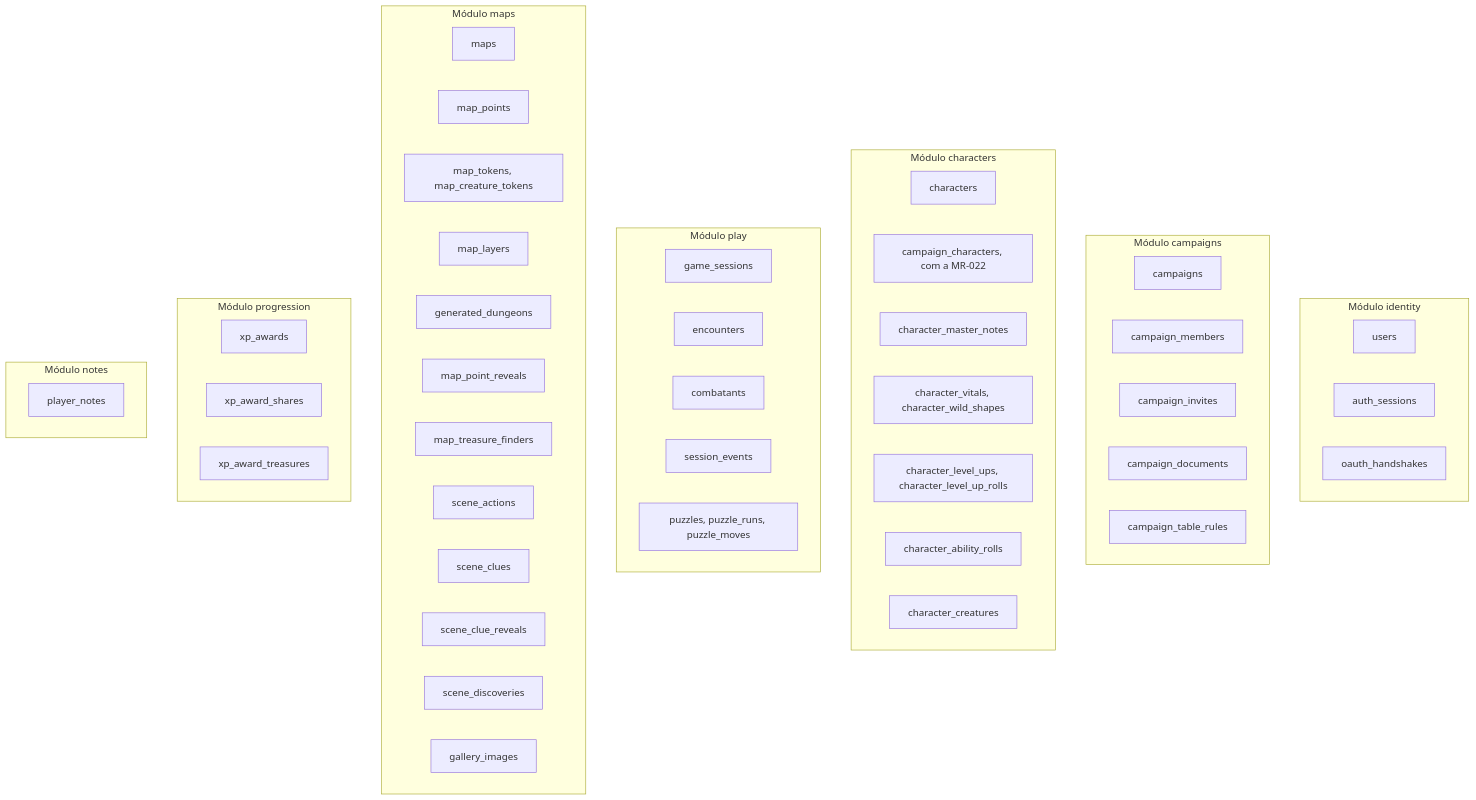
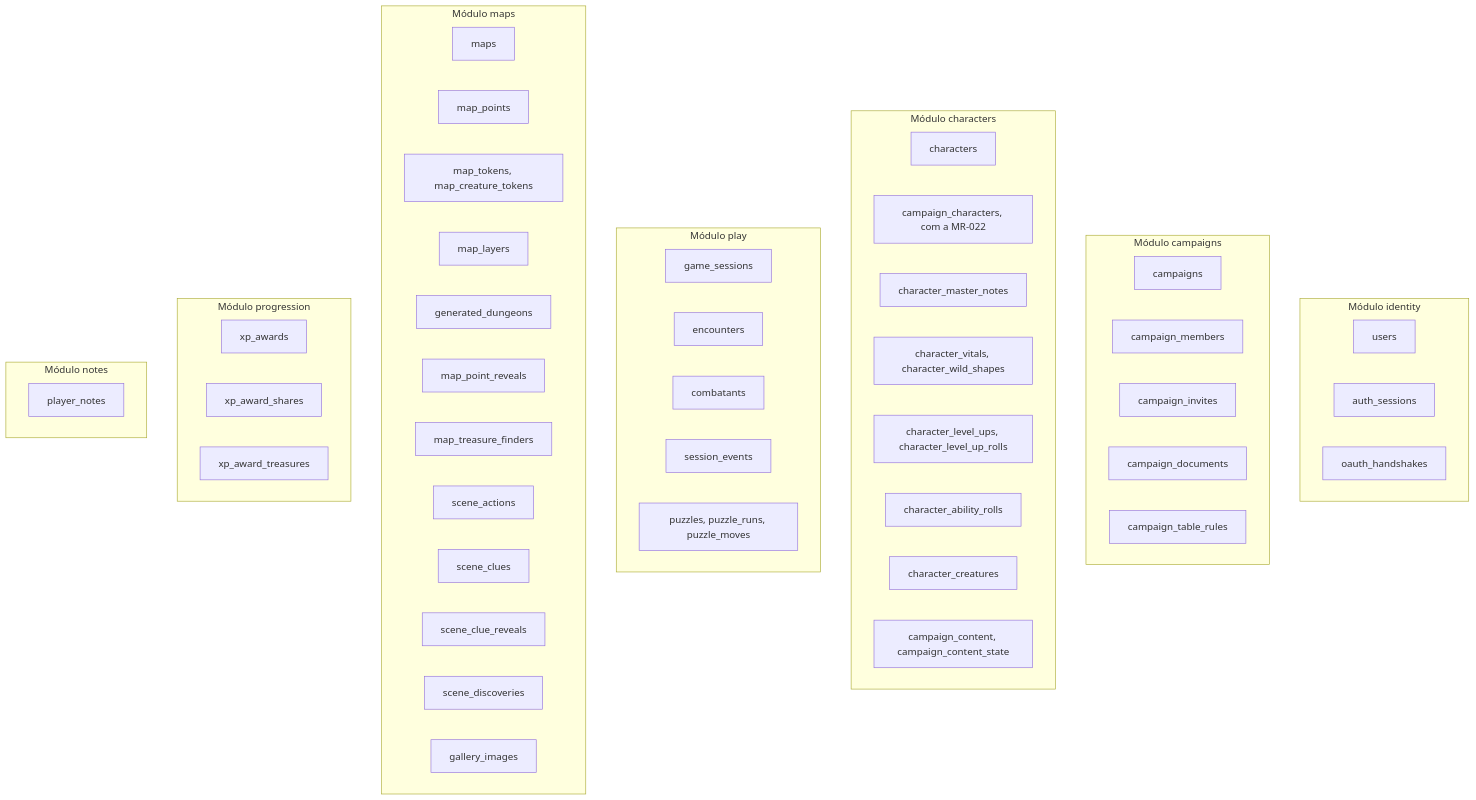
Before and after one commit to PuraFome/meuRPG: the second of 3 diagrams in docs/dados.md, drawn with Mermaid. The commit also changed other lines of this file and 55 other files, not shown here.

````diff
--- a/docs/dados.md
+++ b/docs/dados.md
@@ -320,59 +320,60 @@
 ```mermaid
 flowchart TD
     subgraph identity["Módulo identity"]
         t_users["users"]
         t_auth_sessions["auth_sessions"]
         t_oauth_handshakes["oauth_handshakes"]
     end
 
     subgraph campaigns_mod["Módulo campaigns"]
         t_campaigns["campaigns"]
         t_campaign_members["campaign_members"]
         t_campaign_invites["campaign_invites"]
         t_campaign_documents["campaign_documents"]
         t_campaign_table_rules["campaign_table_rules"]
     end
 
     subgraph characters_mod["Módulo characters"]
         t_characters["characters"]
         t_campaign_characters["campaign_characters, com a MR-022"]
         t_character_master_notes["character_master_notes"]
         t_character_vitals["character_vitals, character_wild_shapes"]
         t_character_level_ups["character_level_ups, character_level_up_rolls"]
         t_character_ability_rolls["character_ability_rolls"]
         t_character_creatures["character_creatures"]
+        t_campaign_content["campaign_content, campaign_content_state"]
     end
 
     subgraph play["Módulo play"]
         t_game_sessions["game_sessions"]
         t_encounters["encounters"]
         t_combatants["combatants"]
         t_session_events["session_events"]
         t_puzzles["puzzles, puzzle_runs, puzzle_moves"]
     end
 
     subgraph maps_mod["Módulo maps"]
         t_maps["maps"]
         t_map_points["map_points"]
         t_map_tokens["map_tokens, map_creature_tokens"]
         t_map_layers["map_layers"]
         t_generated_dungeons["generated_dungeons"]
         t_map_point_reveals["map_point_reveals"]
         t_map_treasure_finders["map_treasure_finders"]
         t_scene_actions["scene_actions"]
         t_scene_clues["scene_clues"]
         t_scene_clue_reveals["scene_clue_reveals"]
         t_scene_discoveries["scene_discoveries"]
         t_gallery_images["gallery_images"]
     end
 
     subgraph progression["Módulo progression"]
         t_xp_awards["xp_awards"]
         t_xp_award_shares["xp_award_shares"]
         t_xp_award_treasures["xp_award_treasures"]
     end
 
     subgraph notes_mod["Módulo notes"]
         t_player_notes["player_notes"]
     end
 ```
````
